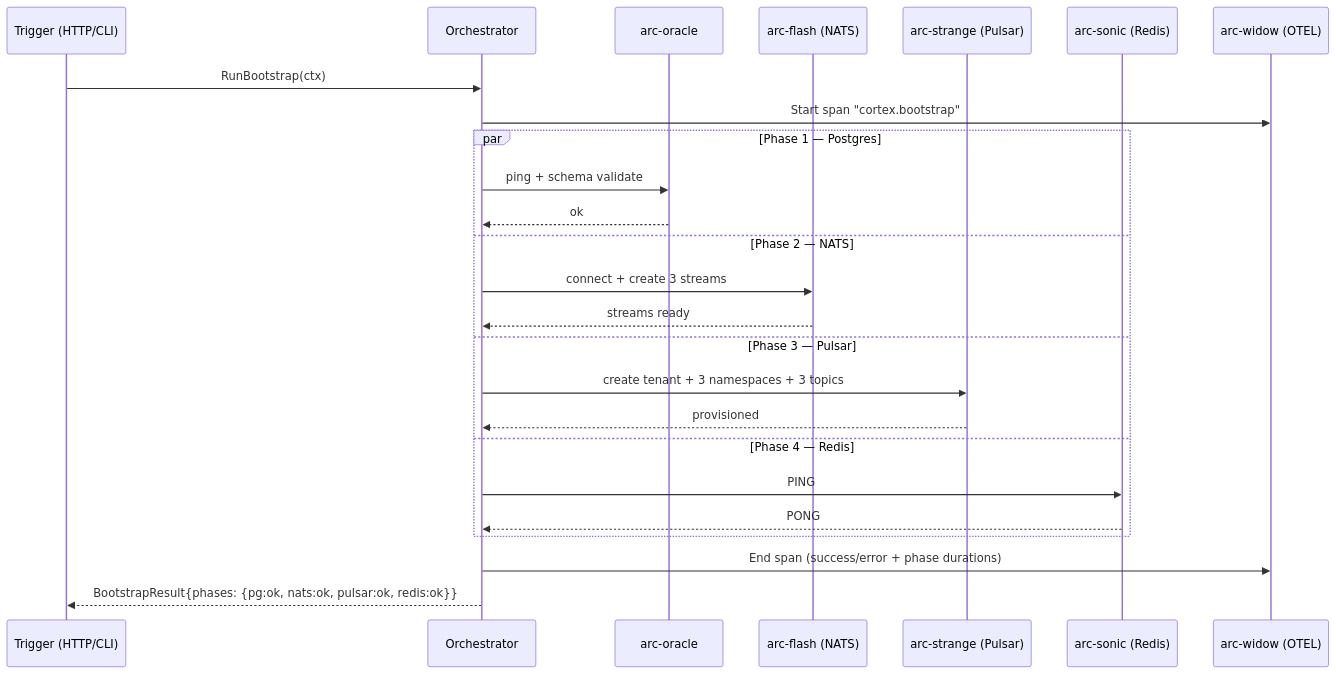
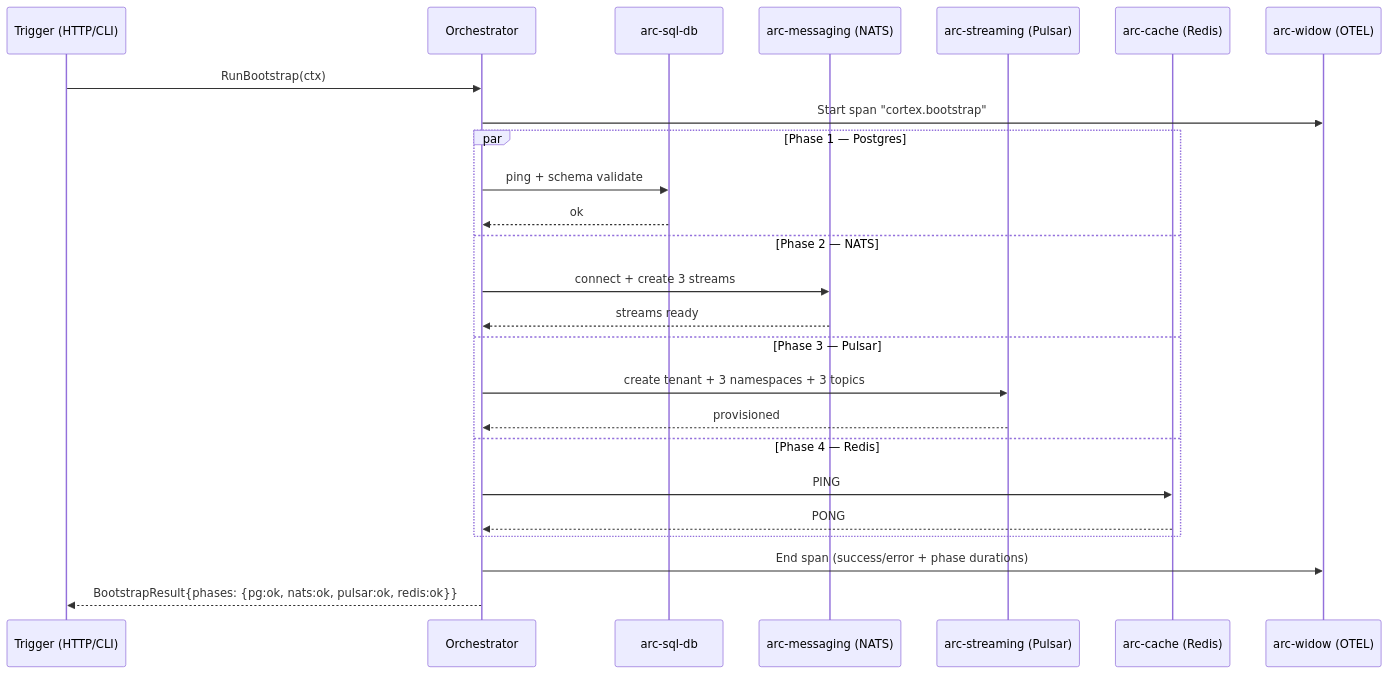
Before and after one commit to arc-framework/arc-platform: the second of 5 diagrams in specs/002-cortex-setup/plan.md, drawn with Mermaid. The commit also changed other lines of this file and 34 other files, not shown here.

````diff
--- a/specs/002-cortex-setup/plan.md
+++ b/specs/002-cortex-setup/plan.md
@@ -109,30 +109,30 @@
 ```mermaid
 sequenceDiagram
     participant T as Trigger (HTTP/CLI)
     participant O as Orchestrator
-    participant PG as arc-oracle
-    participant N as arc-flash (NATS)
-    participant P as arc-strange (Pulsar)
-    participant R as arc-sonic (Redis)
+    participant PG as arc-sql-db
+    participant N as arc-messaging (NATS)
+    participant P as arc-streaming (Pulsar)
+    participant R as arc-cache (Redis)
     participant W as arc-widow (OTEL)
 
     T->>O: RunBootstrap(ctx)
     O->>W: Start span "cortex.bootstrap"
 
     par Phase 1 — Postgres
         O->>PG: ping + schema validate
         PG-->>O: ok
     and Phase 2 — NATS
         O->>N: connect + create 3 streams
         N-->>O: streams ready
     and Phase 3 — Pulsar
         O->>P: create tenant + 3 namespaces + 3 topics
         P-->>O: provisioned
     and Phase 4 — Redis
         O->>R: PING
         R-->>O: PONG
     end
 
     O->>W: End span (success/error + phase durations)
     O-->>T: BootstrapResult{phases: {pg:ok, nats:ok, pulsar:ok, redis:ok}}
 ```
````
